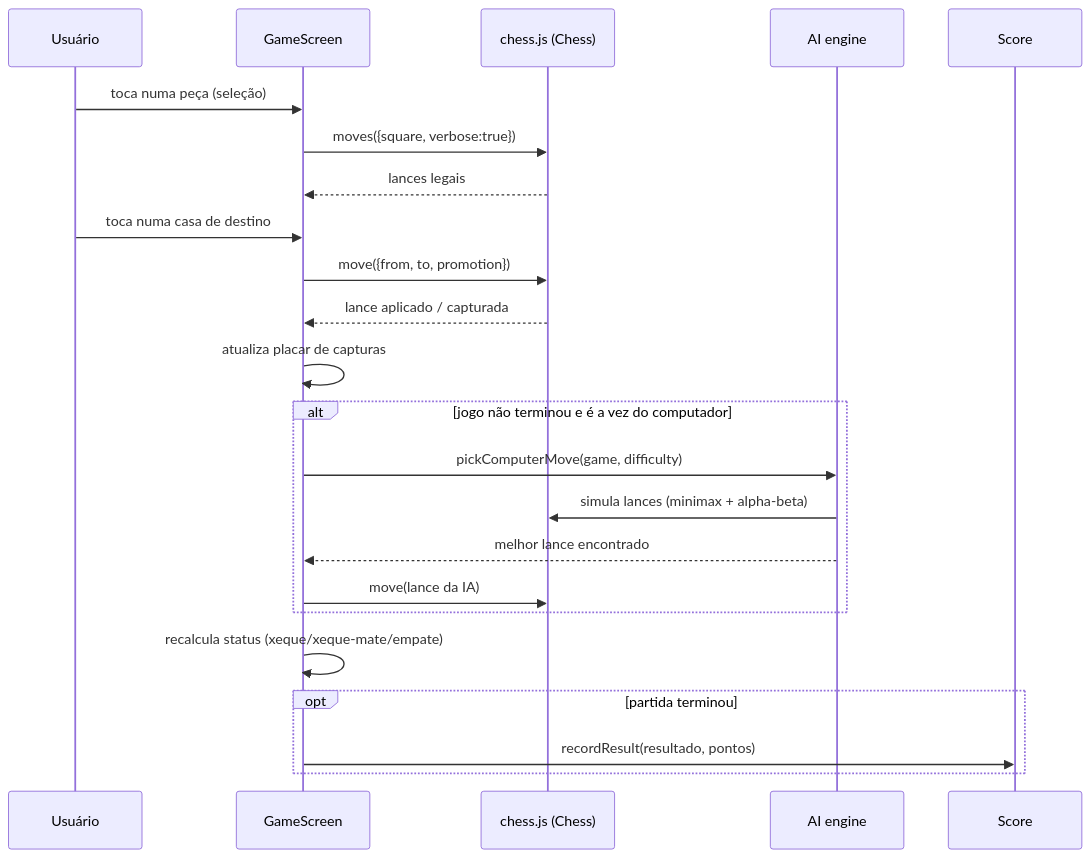
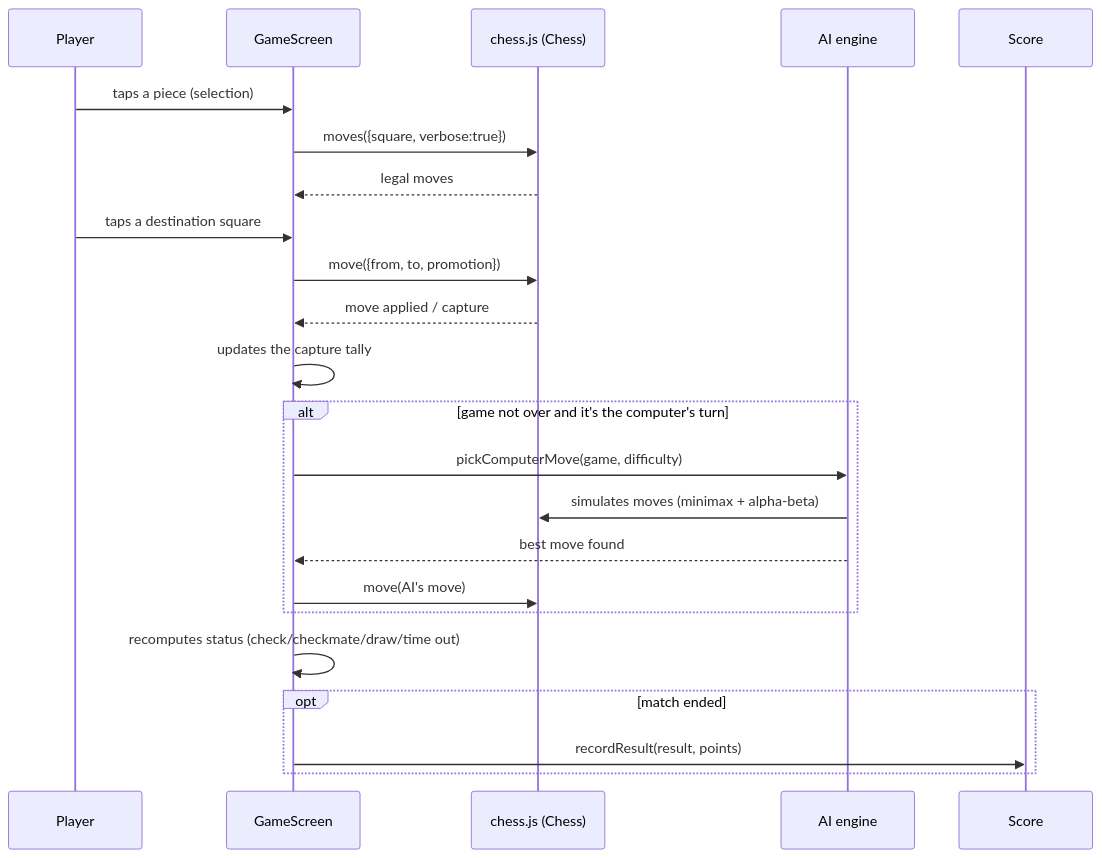
Before and after one commit to Kenyaragao/ChessMaster: the second of 3 diagrams in docs/ARCHITECTURE.md, drawn with Mermaid. The commit also changed other lines of this file and 5 other files, not shown here.

````diff
--- a/docs/ARCHITECTURE.md
+++ b/docs/ARCHITECTURE.md
@@ -50,25 +57,25 @@
 ```mermaid
 sequenceDiagram
-    participant U as Usuário
+    participant U as Player
     participant UI as GameScreen
     participant C as chess.js (Chess)
     participant AI as AI engine
 
-    U->>UI: toca numa peça (seleção)
+    U->>UI: taps a piece (selection)
     UI->>C: moves({square, verbose:true})
-    C-->>UI: lances legais
-    U->>UI: toca numa casa de destino
+    C-->>UI: legal moves
+    U->>UI: taps a destination square
     UI->>C: move({from, to, promotion})
-    C-->>UI: lance aplicado / capturada
-    UI->>UI: atualiza placar de capturas
-    alt jogo não terminou e é a vez do computador
+    C-->>UI: move applied / capture
+    UI->>UI: updates the capture tally
+    alt game not over and it's the computer's turn
         UI->>AI: pickComputerMove(game, difficulty)
-        AI->>C: simula lances (minimax + alpha-beta)
-        AI-->>UI: melhor lance encontrado
-        UI->>C: move(lance da IA)
+        AI->>C: simulates moves (minimax + alpha-beta)
+        AI-->>UI: best move found
+        UI->>C: move(AI's move)
     end
-    UI->>UI: recalcula status (xeque/xeque-mate/empate)
-    opt partida terminou
-        UI->>Score: recordResult(resultado, pontos)
+    UI->>UI: recomputes status (check/checkmate/draw/time out)
+    opt match ended
+        UI->>Score: recordResult(result, points)
     end
 ```
````
